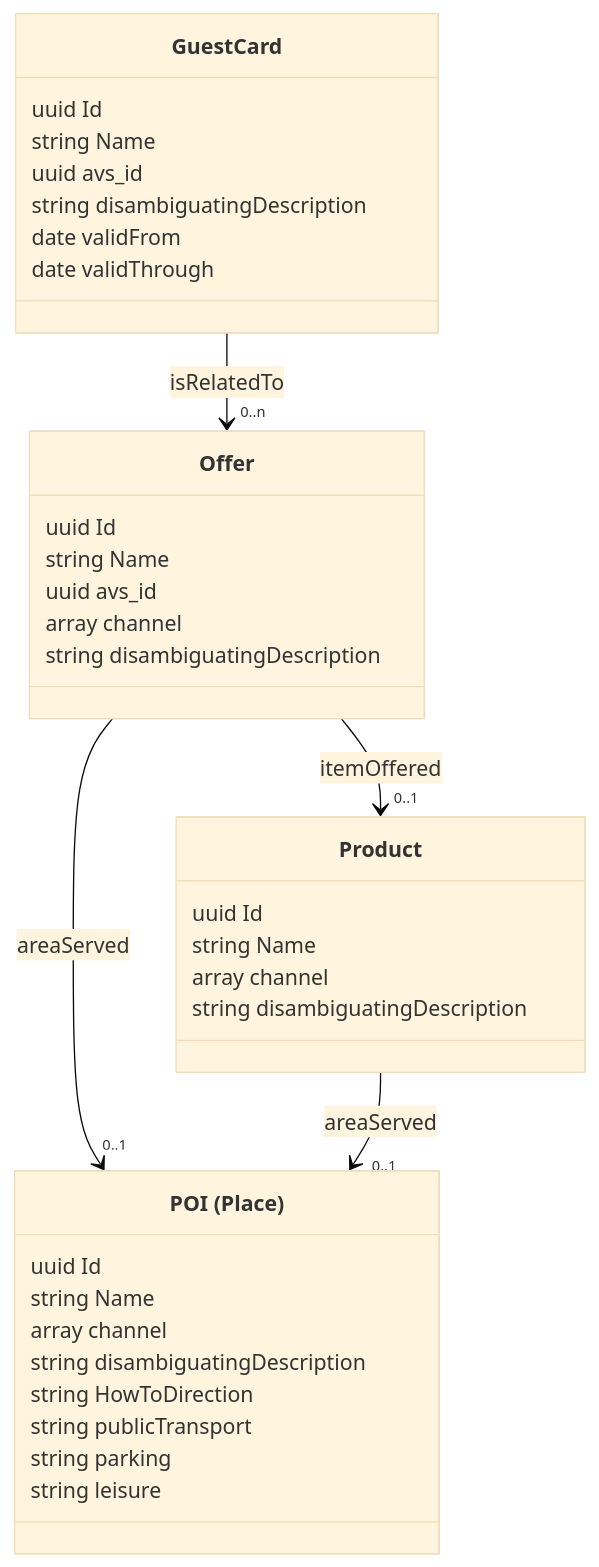
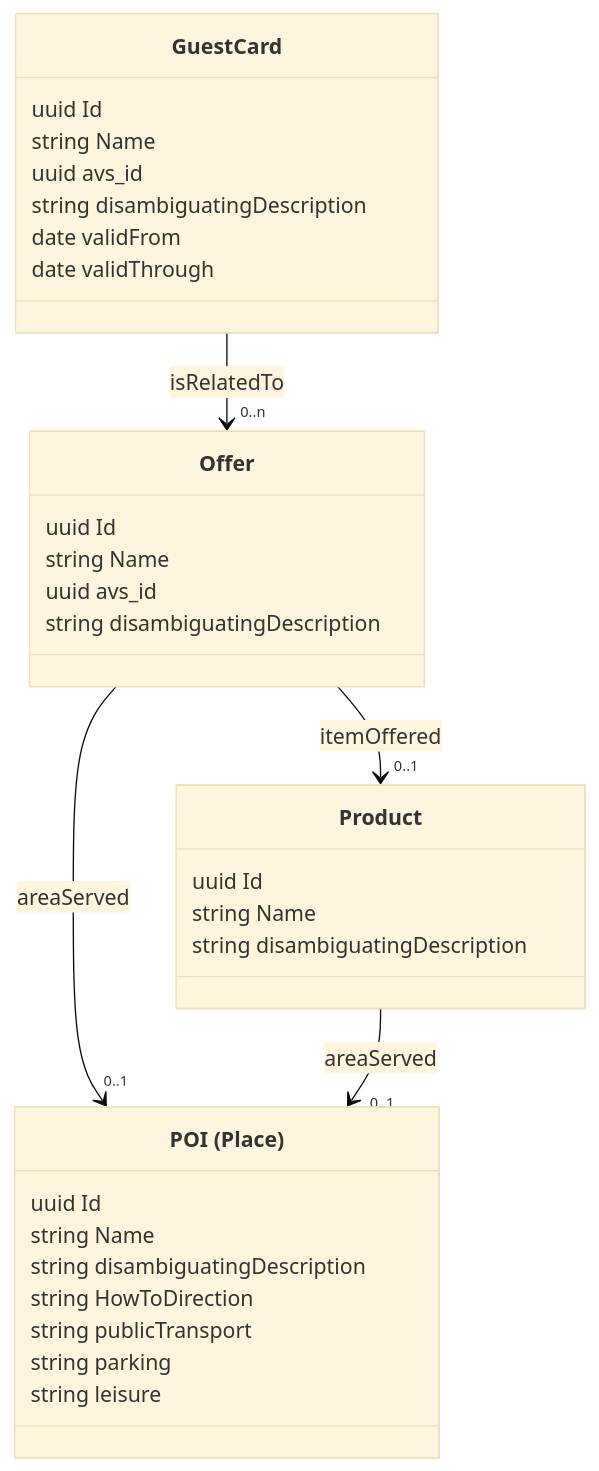
One commit to tsolenthaler/docs.contentdesk.io changed the fourth of 7 diagrams in docs/projects/glarnerlandApp.md. Above: the diagram before and after it, drawn with Mermaid (base theme). The commit also changed other lines of this file, not shown here.

Commit message:
Refactor gaestekarte.md: Remove unused code and update schema, properties, and connections

````diff
--- a/docs/projects/glarnerlandApp.md
+++ b/docs/projects/glarnerlandApp.md
@@ -122,41 +122,38 @@
 ``` mermaid
 classDiagram
     direction TB
         class GuestCard {
             uuid Id
             string Name
             uuid avs_id
             string disambiguatingDescription
             date validFrom
             date validThrough
         }
         class Product {
             uuid Id
             string Name
-            array channel
             string disambiguatingDescription
         }
         class Offer {
             uuid Id
             string Name
             uuid avs_id
-            array channel
             string disambiguatingDescription
         }
         class Place["POI (Place)"] {
             uuid Id
             string Name
-            array channel
             string disambiguatingDescription
             string HowToDirection
             string publicTransport
             string parking
             string leisure
         }
     GuestCard --> "0..n" Offer : isRelatedTo
 
     Offer --> "0..1" Product : itemOffered
     Offer --> "0..1" Place : areaServed
     
     Product --> "0..1" Place : areaServed
 ```
````
